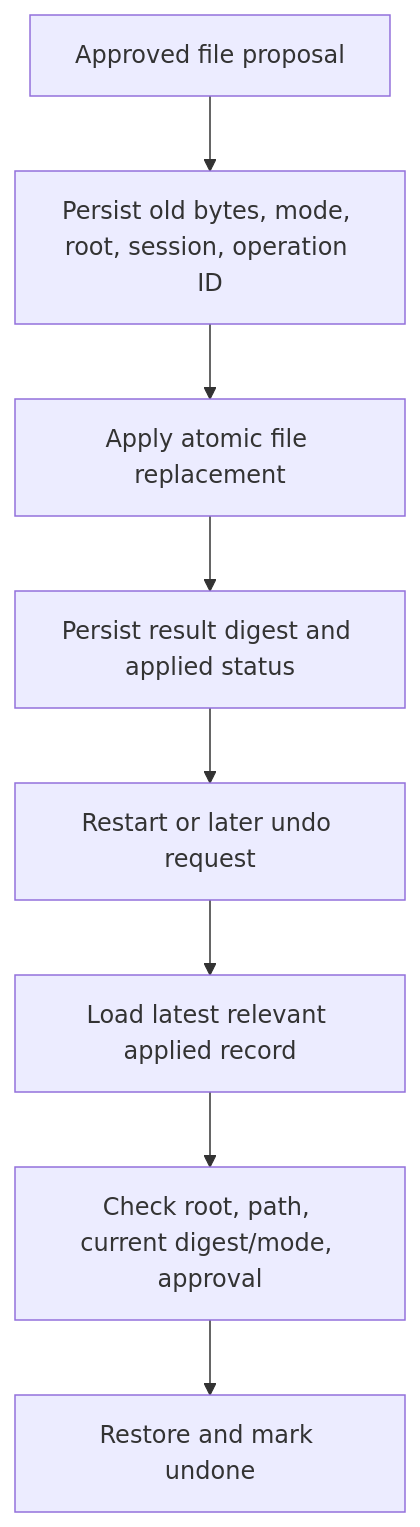
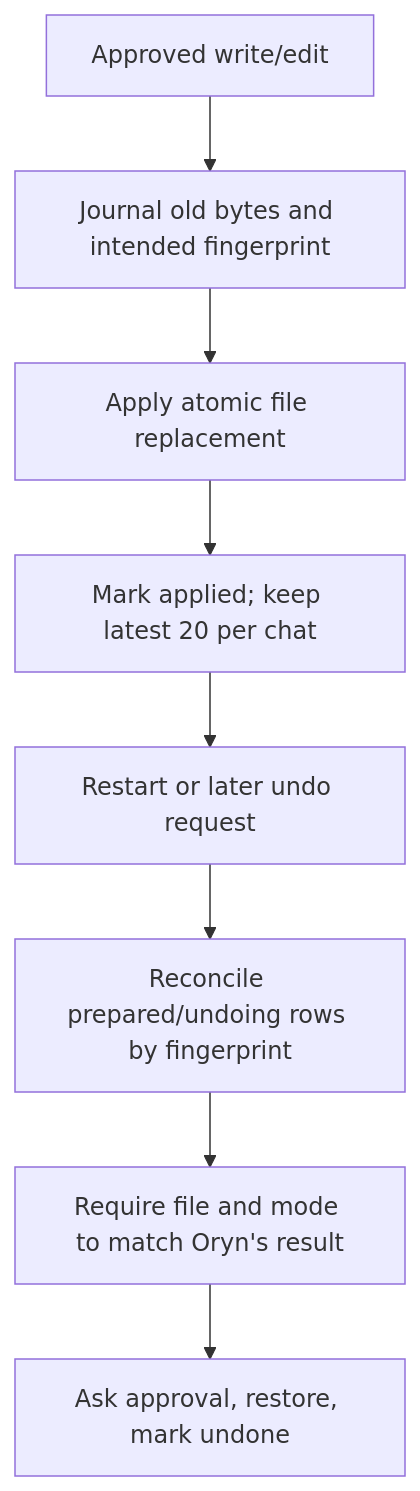
Before and after one commit to MetalCloth/mini-hermes: the sixth of 7 diagrams in src/docs/14-roadmap-and-benchmark-readiness.md, drawn with Mermaid. The commit also changed other lines of this file and 35 other files, not shown here.

````diff
--- a/src/docs/14-roadmap-and-benchmark-readiness.md
+++ b/src/docs/14-roadmap-and-benchmark-readiness.md
@@ -171,10 +171,10 @@
 ```mermaid
 flowchart TD
-    A["Approved file proposal"] --> B["Persist old bytes, mode, root, session, operation ID"]
+    A["Approved write/edit"] --> B["Journal old bytes and intended fingerprint"]
     B --> C["Apply atomic file replacement"]
-    C --> D["Persist result digest and applied status"]
+    C --> D["Mark applied; keep latest 20 per chat"]
     D --> E["Restart or later undo request"]
-    E --> F["Load latest relevant applied record"]
-    F --> G["Check root, path, current digest/mode, approval"]
-    G --> H["Restore and mark undone"]
+    E --> F["Reconcile prepared/undoing rows by fingerprint"]
+    F --> G["Require file and mode to match Oryn's result"]
+    G --> H["Ask approval, restore, mark undone"]
 ```
````
